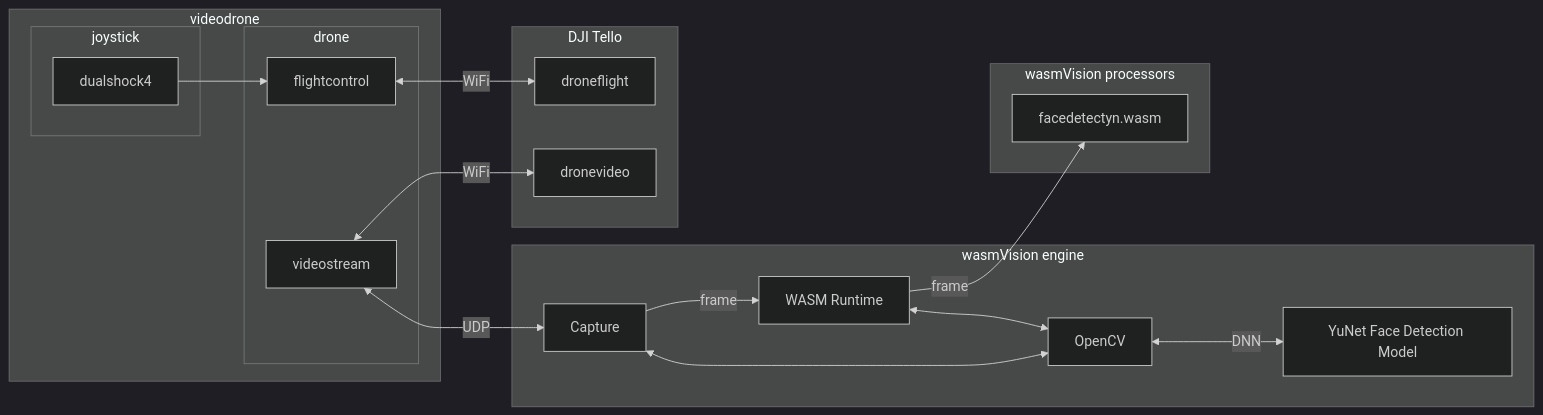
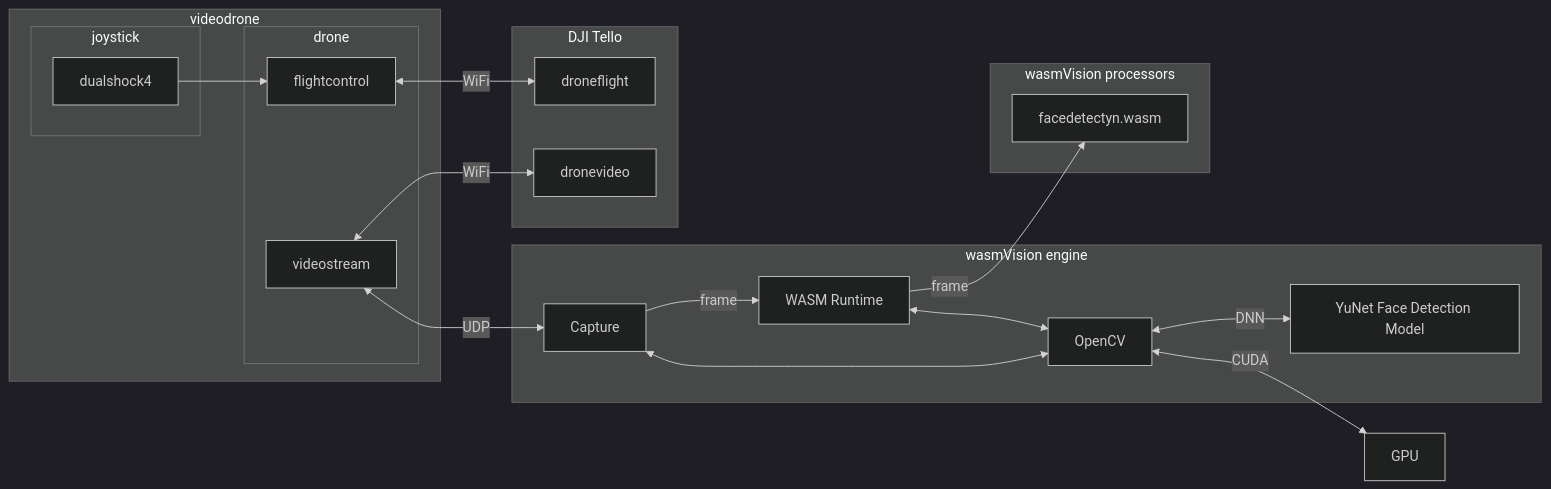
The diagram in diagrams/videodrone.md (deadprogram/opencv-live-2025), drawn with Mermaid (dark theme) before and after one commit. The commit also changed 7 other files, not shown here.

````diff
--- a/diagrams/videodrone.md
+++ b/diagrams/videodrone.md
@@ -1,27 +1,28 @@
 ```mermaid
 flowchart LR
 subgraph videodrone
     subgraph joystick
         dualshock4
     end
     subgraph drone
         dualshock4-->flightcontrol
         videostream
     end
 end
 subgraph wasmVision engine
     videostream<--UDP-->Capture
     Runtime[WASM Runtime]
     Capture--frame-->Runtime
     Capture<-->OpenCV
     Runtime<-->OpenCV
     OpenCV<--DNN-->YuNet[YuNet Face Detection Model]
 end
+OpenCV<--CUDA-->GPU
 subgraph wasmVision processors
     Runtime--frame-->facedetectyn.wasm
 end
 subgraph DJI Tello
     flightcontrol<-- WiFi -->droneflight
     videostream<-- WiFi -->dronevideo
 end
 ```
````
